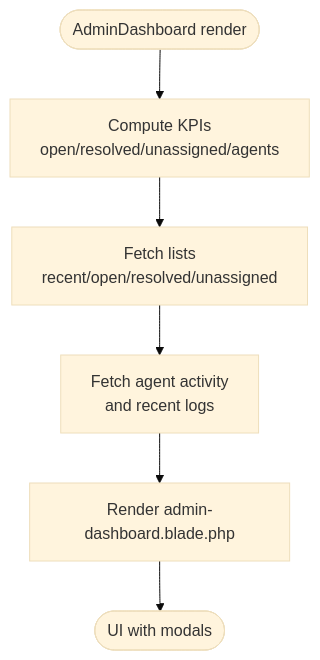
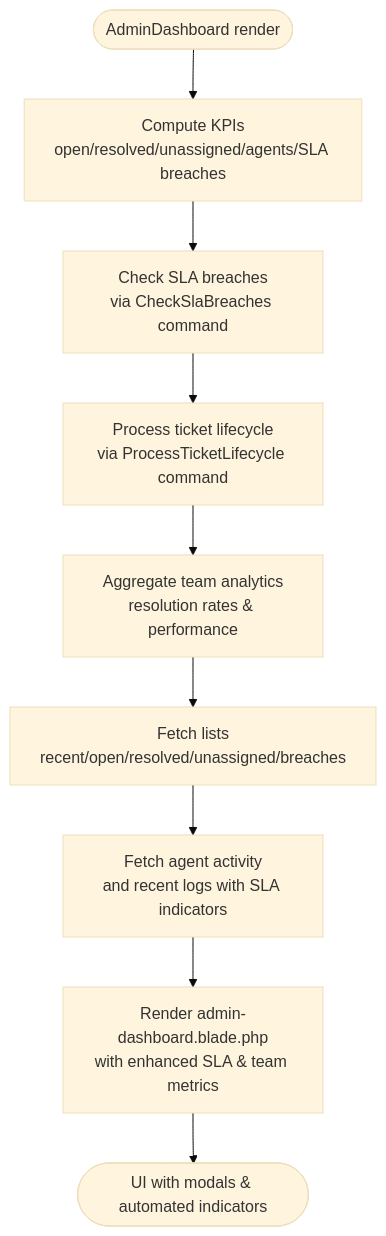
The third of 8 diagrams in .qoder/repowiki/en/content/Dashboard & Analytics/Dashboard & Analytics.md (younesgamer68/helpdesk-system), drawn with Mermaid (base theme) before and after one commit. The commit also changed other lines of this file and 12 other files, not shown here.

````diff
--- a/.qoder/repowiki/en/content/Dashboard & Analytics/Dashboard & Analytics.md
+++ b/.qoder/repowiki/en/content/Dashboard & Analytics/Dashboard & Analytics.md
@@ -166,8 +225,11 @@
 ```mermaid
 flowchart TD
-Start(["AdminDashboard render"]) --> KPIs["Compute KPIs<br/>open/resolved/unassigned/agents"]
-KPIs --> Lists["Fetch lists<br/>recent/open/resolved/unassigned"]
-Lists --> Activity["Fetch agent activity<br/>and recent logs"]
-Activity --> Render["Render admin-dashboard.blade.php"]
-Render --> End(["UI with modals"])
+Start(["AdminDashboard render"]) --> KPIs["Compute KPIs<br/>open/resolved/unassigned/agents/SLA breaches"]
+KPIs --> SLA["Check SLA breaches<br/>via CheckSlaBreaches command"]
+SLA --> Lifecycle["Process ticket lifecycle<br/>via ProcessTicketLifecycle command"]
+Lifecycle --> Teams["Aggregate team analytics<br/>resolution rates & performance"]
+Teams --> Lists["Fetch lists<br/>recent/open/resolved/unassigned/breaches"]
+Lists --> Activity["Fetch agent activity<br/>and recent logs with SLA indicators"]
+Activity --> Render["Render admin-dashboard.blade.php<br/>with enhanced SLA & team metrics"]
+Render --> End(["UI with modals & automated indicators"])
 ```
````
